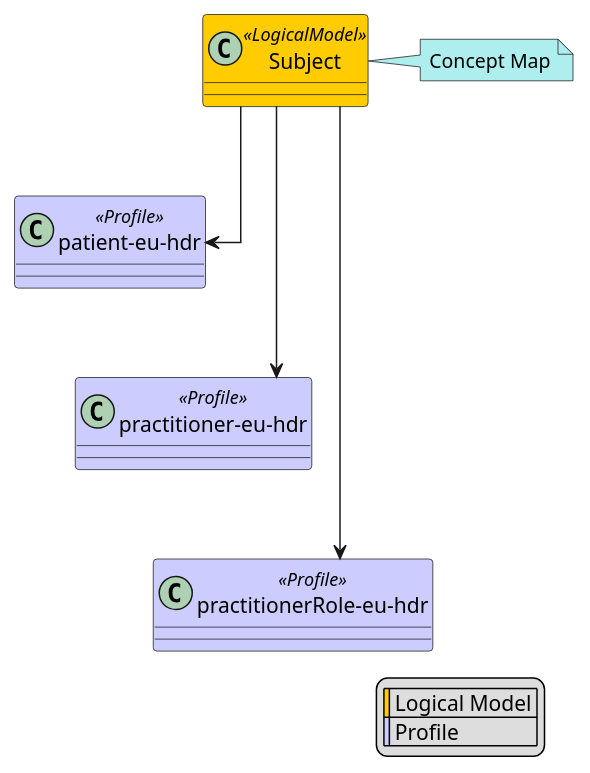
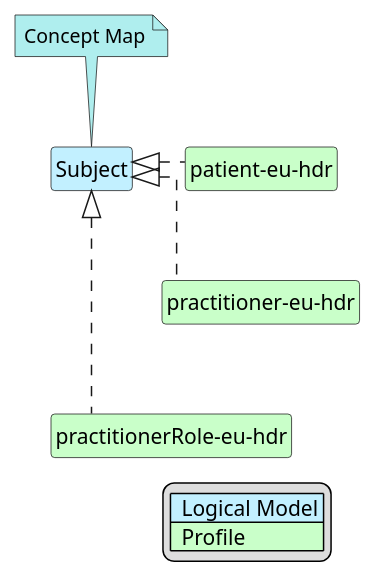
Before and after one commit to hl7-eu/hdr: the diagram in input/images-source/Subject-map.plantuml, drawn with PlantUML. The commit also changed 3 other files, not shown here.

Commit message:
updated the map diagrams

```diff
--- a/input/images-source/Subject-map.plantuml
+++ b/input/images-source/Subject-map.plantuml
@@ -1,23 +1,27 @@
 @startuml
+hide circle
+hide stereotype
+hide members
+hide methods
+skinparam linetype ortho
 skinparam class {
-    BackgroundColor<<LogicalModel>> #FFCC00
-    BackgroundColor<<Profile>> #CCCCFF
+BackgroundColor<<LogicalModel>> #APPLICATION
+BackgroundColor<<Profile>> #TECHNOLOGY
 }
-skinparam linetype ortho
 legend right
-  | <#FFCC00> | Logical Model |
-  | <#CCCCFF> | Profile |
+| <#APPLICATION>  Logical Model |
+| <#TECHNOLOGY>  Profile |
 endlegend
 class "Subject" <<LogicalModel>> [[StructureDefinition-Subject.html]]
-note right #PaleTurquoise [[ConceptMap-subject2FHIR-eu-hdr.html]]
+note top #PaleTurquoise [[ConceptMap-subject2FHIR-eu-hdr.html]]
 Concept Map
 endnote
 class "patient-eu-hdr" <<Profile>> [[StructureDefinition-patient-eu-hdr.html]]
-"Subject" --> "patient-eu-hdr"
+"Subject" <|. "patient-eu-hdr"
 class "practitioner-eu-hdr" <<Profile>> [[StructureDefinition-practitioner-eu-hdr.html]]
-"Subject" --> "practitioner-eu-hdr"
-"patient-eu-hdr" -[hidden]-> "practitioner-eu-hdr"
+"Subject" <|. "practitioner-eu-hdr"
+"patient-eu-hdr" -d[hidden]-> "practitioner-eu-hdr"
 class "practitionerRole-eu-hdr" <<Profile>> [[StructureDefinition-practitionerRole-eu-hdr.html]]
-"Subject" --> "practitionerRole-eu-hdr"
-"practitioner-eu-hdr" -[hidden]-> "practitionerRole-eu-hdr"
+"Subject" <|. "practitionerRole-eu-hdr"
+"practitioner-eu-hdr" -d[hidden]-> "practitionerRole-eu-hdr"
 @enduml
```
